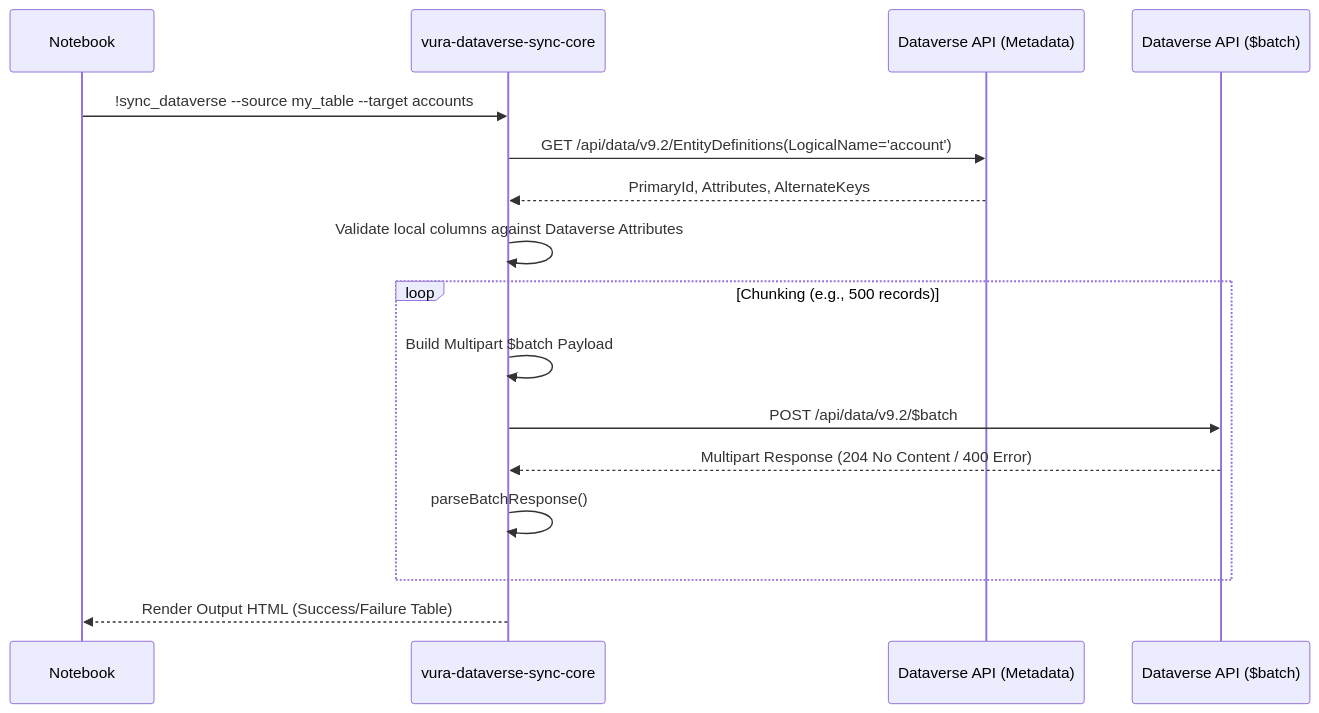
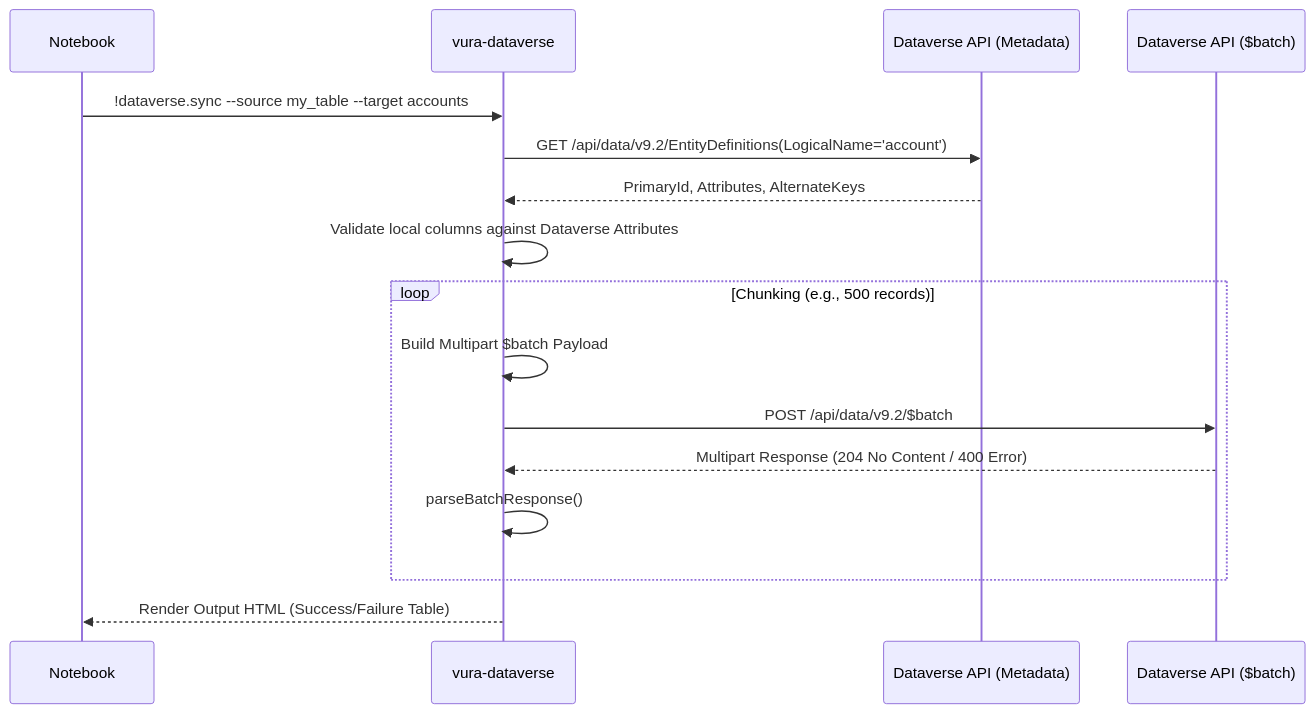
The diagram in docs/dataverse_integration.md (nexionlabsdev/vura-public), drawn with Mermaid before and after one commit. The commit also changed other lines of this file and 72 other files, not shown here.

````diff
--- a/docs/dataverse_integration.md
+++ b/docs/dataverse_integration.md
@@ -27,23 +27,23 @@
 ```mermaid
 sequenceDiagram
     participant Notebook
-    participant SyncHandler as vura-dataverse-sync-core
+    participant SyncHandler as vura-dataverse
     participant DataverseMetadataAPI as Dataverse API (Metadata)
     participant DataverseBatchAPI as Dataverse API ($batch)
 
-    Notebook->>SyncHandler: !sync_dataverse --source my_table --target accounts
+    Notebook->>SyncHandler: !dataverse.sync --source my_table --target accounts
 
     SyncHandler->>DataverseMetadataAPI: GET /api/data/v9.2/EntityDefinitions(LogicalName='account')
     DataverseMetadataAPI-->>SyncHandler: PrimaryId, Attributes, AlternateKeys
 
     SyncHandler->>SyncHandler: Validate local columns against Dataverse Attributes
 
     loop Chunking (e.g., 500 records)
         SyncHandler->>SyncHandler: Build Multipart $batch Payload
         SyncHandler->>DataverseBatchAPI: POST /api/data/v9.2/$batch
         DataverseBatchAPI-->>SyncHandler: Multipart Response (204 No Content / 400 Error)
         SyncHandler->>SyncHandler: parseBatchResponse()
     end
 
     SyncHandler-->>Notebook: Render Output HTML (Success/Failure Table)
 ```
````
